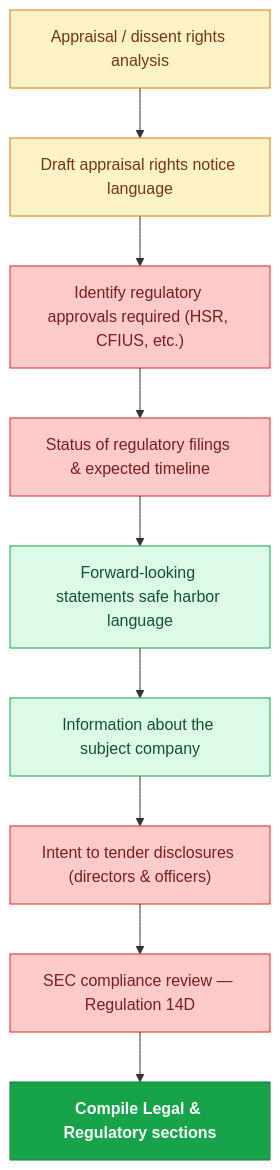
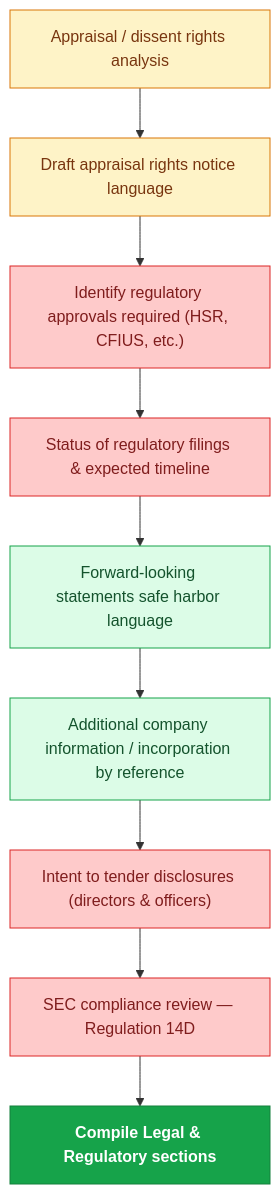
Diagram 11 of 14 in README.md (mrchanpark/14D-9), drawn with Mermaid before and after one commit. The commit also changed other lines of this file and 2 other files, not shown here.

````diff
--- a/README.md
+++ b/README.md
@@ -246,15 +246,15 @@
 ```mermaid
 flowchart TD
   A["Appraisal / dissent rights analysis"]:::yel --> B["Draft appraisal rights notice language"]:::yel
   B --> C["Identify regulatory approvals required (HSR, CFIUS, etc.)"]:::red
   C --> D["Status of regulatory filings & expected timeline"]:::red
   D --> E["Forward-looking statements safe harbor language"]:::grn
-  E --> F["Information about the subject company"]:::grn
+  E --> F["Additional company information / incorporation by reference"]:::grn
   F --> G["Intent to tender disclosures (directors & officers)"]:::red
   G --> H["SEC compliance review — Regulation 14D"]:::red
   H --> I["Compile Legal & Regulatory sections"]:::grnC
   classDef red fill:#fecaca,stroke:#dc2626,color:#7f1d1d
   classDef yel fill:#fef3c7,stroke:#d97706,color:#78350f
   classDef grn fill:#dcfce7,stroke:#16a34a,color:#14532d
   classDef grnC fill:#16a34a,stroke:#15803d,color:#fff,font-weight:700
 ```
````
